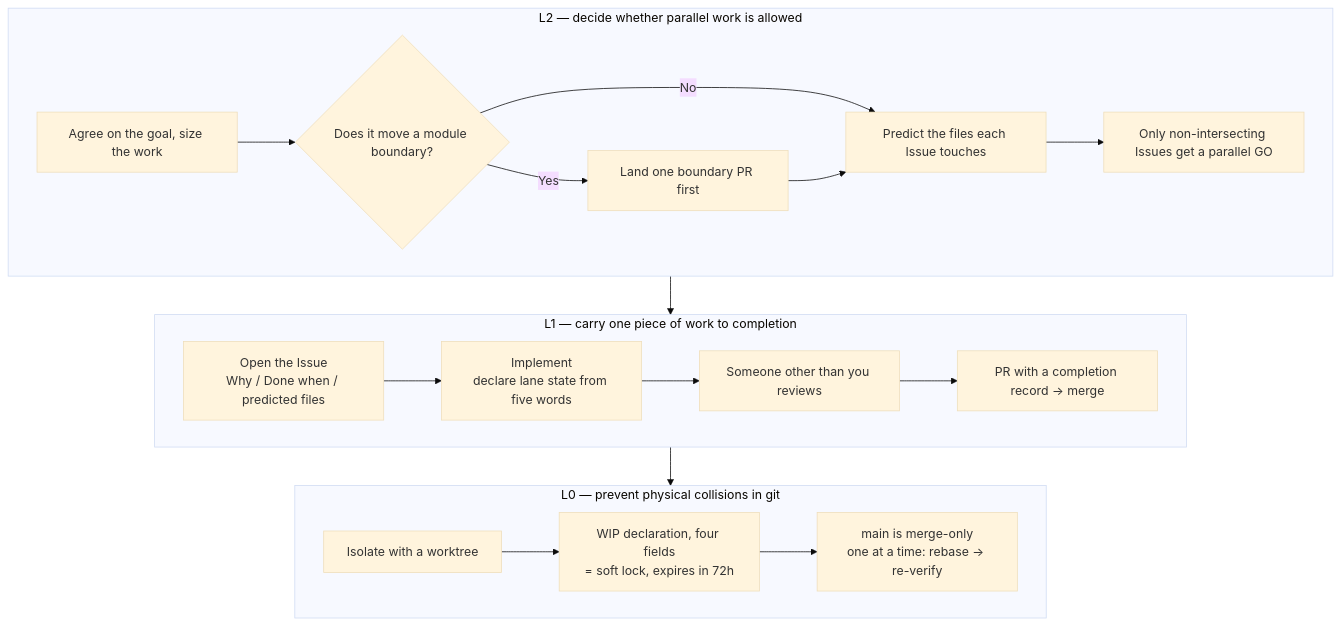
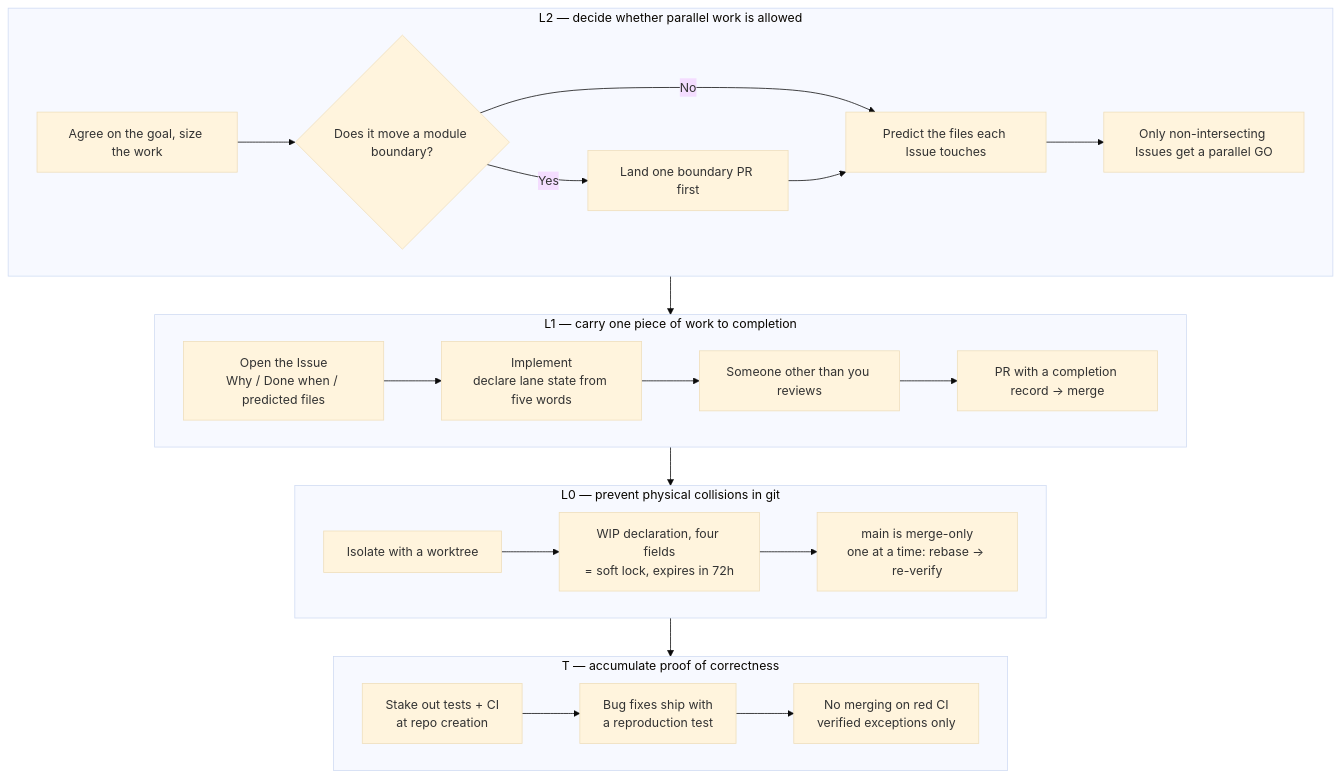
One commit to caty-ai/family-dev-handbook changed the first of 2 diagrams in README.md. Above: the diagram before and after it, drawn with Mermaid (base theme). The commit also changed other lines of this file and 3 other files, not shown here.

First line of the commit message:
docs(readme): weave T layer into the concept section — diagram T subgraph, 4th bullet, intro sentence (4 languages) (#46)

````diff
--- a/README.md
+++ b/README.md
@@ -111,17 +111,20 @@
 ```mermaid
 flowchart TB
     subgraph L2["L2 — decide whether parallel work is allowed"]
         A1["Agree on the goal, size the work"] --> A2{"Does it move a module boundary?"}
         A2 -->|Yes| A3["Land one boundary PR first"]
         A2 -->|No| A4["Predict the files each Issue touches"]
         A3 --> A4
         A4 --> A5["Only non-intersecting Issues get a parallel GO"]
     end
     subgraph L1["L1 — carry one piece of work to completion"]
         B1["Open the Issue<br/>Why / Done when / predicted files"] --> B2["Implement<br/>declare lane state from five words"] --> B3["Someone other than you reviews"] --> B4["PR with a completion record → merge"]
     end
     subgraph L0["L0 — prevent physical collisions in git"]
         C1["Isolate with a worktree"] --> C2["WIP declaration, four fields<br/>= soft lock, expires in 72h"] --> C3["main is merge-only<br/>one at a time: rebase → re-verify"]
     end
-    L2 --> L1 --> L0
+    subgraph T["T — accumulate proof of correctness"]
+        D1["Stake out tests + CI<br/>at repo creation"] --> D2["Bug fixes ship with<br/>a reproduction test"] --> D3["No merging on red CI<br/>verified exceptions only"]
+    end
+    L2 --> L1 --> L0 --> T
 ```
````
